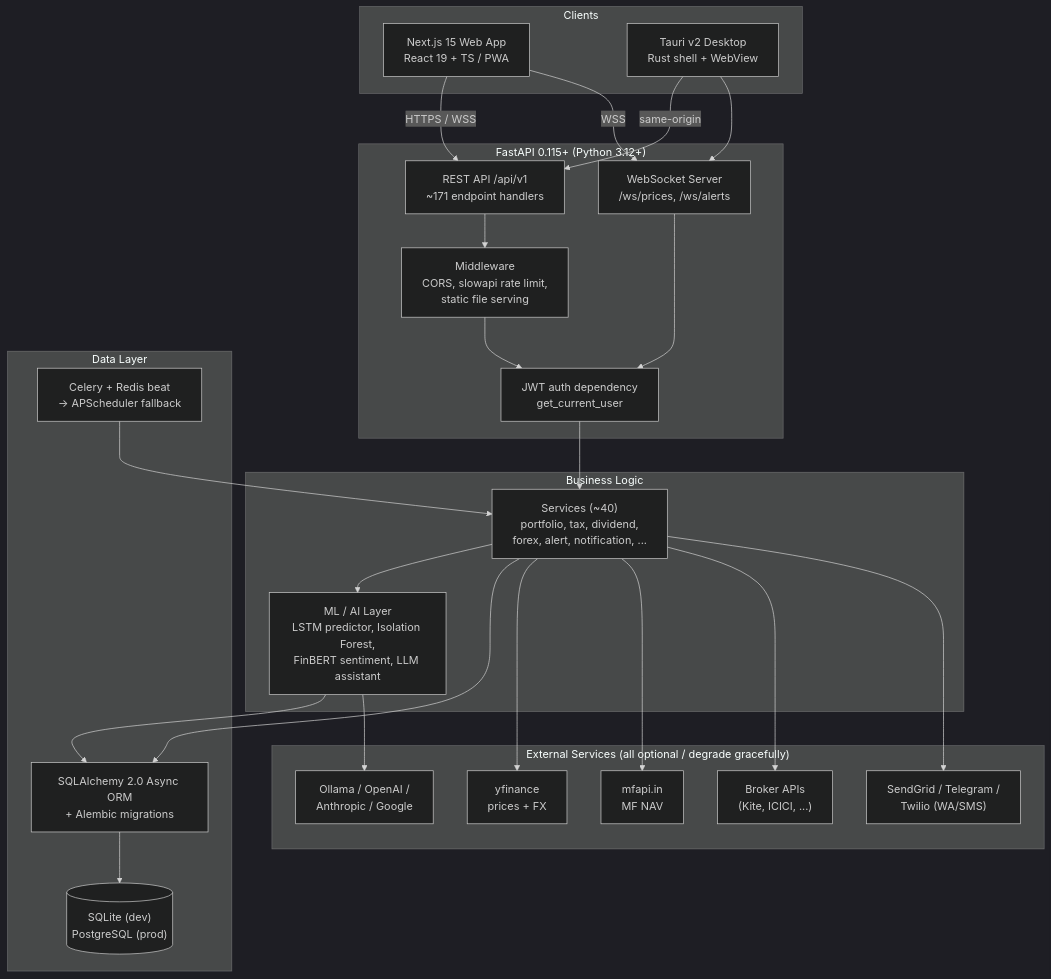
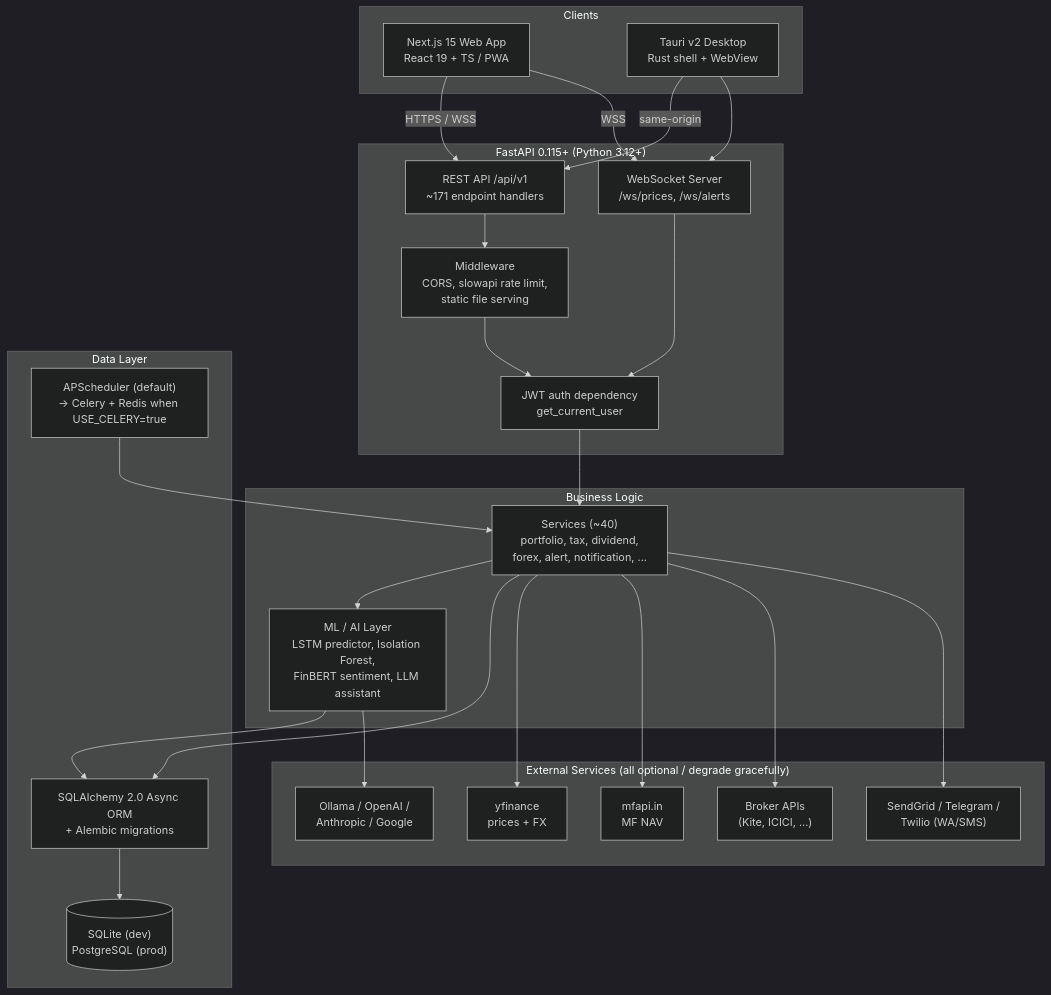
Before and after one commit to ankitkumar9018/FinanceTracking: the first of 3 diagrams in docs/architecture.md, drawn with Mermaid (dark theme). The commit also changed other lines of this file and 48 other files, not shown here.

First line of the commit message:
Fix audit findings: accessibility, UX flows, render performance, docs accuracy

````diff
--- a/docs/architecture.md
+++ b/docs/architecture.md
@@ -178,50 +178,50 @@
 ```mermaid
 flowchart TB
     subgraph Clients
         WEB["Next.js 15 Web App<br/>React 19 + TS / PWA"]
         DESK["Tauri v2 Desktop<br/>Rust shell + WebView"]
     end
 
     subgraph API["FastAPI 0.115+ (Python 3.12+)"]
         REST["REST API /api/v1<br/>~171 endpoint handlers"]
         WS["WebSocket Server<br/>/ws/prices, /ws/alerts"]
         MW["Middleware<br/>CORS, slowapi rate limit,<br/>static file serving"]
         AUTH["JWT auth dependency<br/>get_current_user"]
     end
 
     subgraph Logic["Business Logic"]
         SVC["Services (~40)<br/>portfolio, tax, dividend,<br/>forex, alert, notification, ..."]
         ML["ML / AI Layer<br/>LSTM predictor, Isolation Forest,<br/>FinBERT sentiment, LLM assistant"]
     end
 
     subgraph Data["Data Layer"]
         ORM["SQLAlchemy 2.0 Async ORM<br/>+ Alembic migrations"]
         DB[("SQLite (dev)<br/>PostgreSQL (prod)")]
-        SCHED["Celery + Redis beat<br/>-> APScheduler fallback"]
+        SCHED["APScheduler (default)<br/>-> Celery + Redis when USE_CELERY=true"]
     end
 
     subgraph External["External Services (all optional / degrade gracefully)"]
         YF["yfinance<br/>prices + FX"]
         MFAPI["mfapi.in<br/>MF NAV"]
         LLMP["Ollama / OpenAI /<br/>Anthropic / Google"]
         NOTIF["SendGrid / Telegram /<br/>Twilio (WA/SMS)"]
         BROKER["Broker APIs<br/>(Kite, ICICI, ...)"]
     end
 
     WEB -->|HTTPS / WSS| REST
     WEB -->|WSS| WS
     DESK -->|same-origin| REST
     DESK --> WS
     REST --> MW --> AUTH --> SVC
     WS --> AUTH
     SVC --> ML
     SVC --> ORM
     ML --> ORM
     ORM --> DB
     SCHED --> SVC
     SVC --> YF
     SVC --> MFAPI
     SVC --> BROKER
     ML --> LLMP
     SVC --> NOTIF
 ```
````
